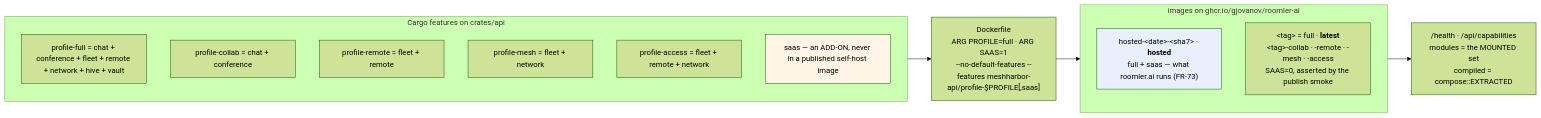
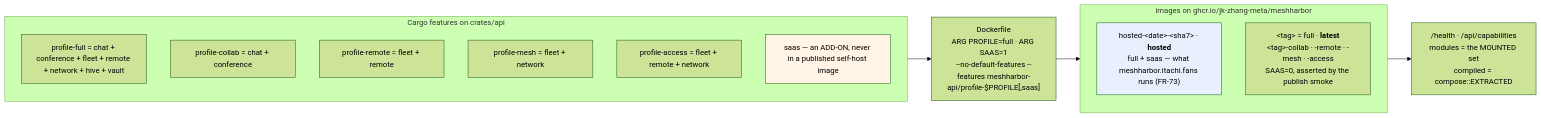
The third of 8 diagrams in docs/modular-monolith.md (jk-zhang-meta/MeshHarbor), drawn with Mermaid (forest theme) before and after one commit. The commit also changed other lines of this file and 682 other files, not shown here.

````diff
--- a/docs/modular-monolith.md
+++ b/docs/modular-monolith.md
@@ -130,20 +130,20 @@
 ```mermaid
 flowchart LR
     subgraph feats["Cargo features on crates/api"]
         F1["profile-full = chat + conference + fleet + remote + network + hive + vault"]
         F2["profile-collab = chat + conference"]
         F3["profile-remote = fleet + remote"]
         F4["profile-mesh = fleet + network"]
         F5["profile-access = fleet + remote + network"]
         S["saas — an ADD-ON, never in a published self-host image"]
     end
     DF["Dockerfile<br/>ARG PROFILE=full · ARG SAAS=1<br/>--no-default-features --features meshharbor-api/profile-$PROFILE[,saas]"]
-    subgraph images["images on ghcr.io/gjovanov/roomler-ai"]
-        H["hosted-&lt;date&gt;-&lt;sha7&gt; · <b>hosted</b><br/>full + saas — what roomler.ai runs (FR-73)"]
+    subgraph images["images on ghcr.io/jk-zhang-meta/meshharbor"]
+        H["hosted-&lt;date&gt;-&lt;sha7&gt; · <b>hosted</b><br/>full + saas — what meshharbor.itachi.fans runs (FR-73)"]
         V["&lt;tag&gt; = full · <b>latest</b><br/>&lt;tag&gt;-collab · -remote · -mesh · -access<br/>SAAS=0, asserted by the publish smoke"]
     end
     HEALTH["/health · /api/capabilities<br/>modules = the MOUNTED set<br/>compiled = compose::EXTRACTED"]
     feats --> DF --> images --> HEALTH
     style S fill:#fff4e5
     style H fill:#e8f0fe
 ```
````
